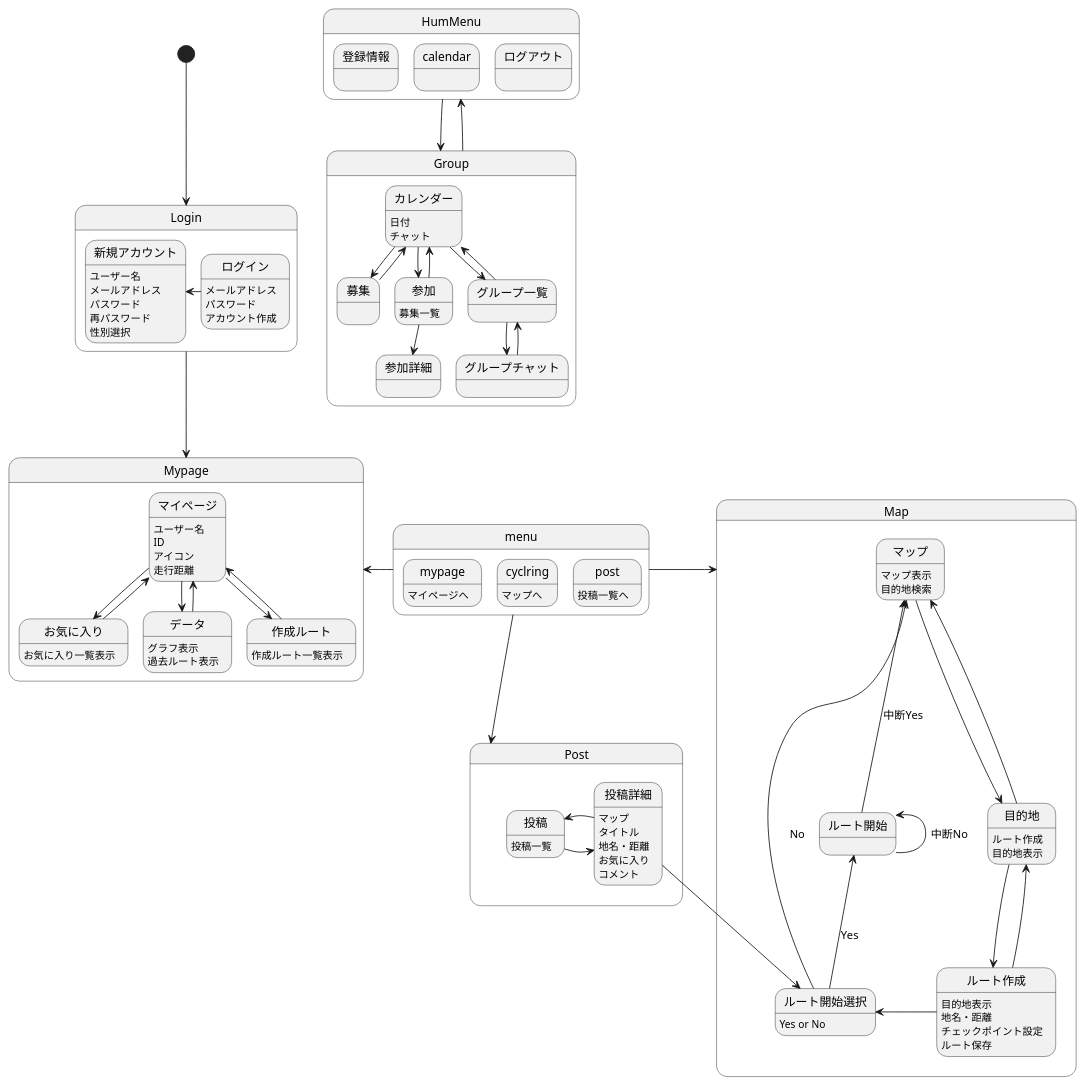
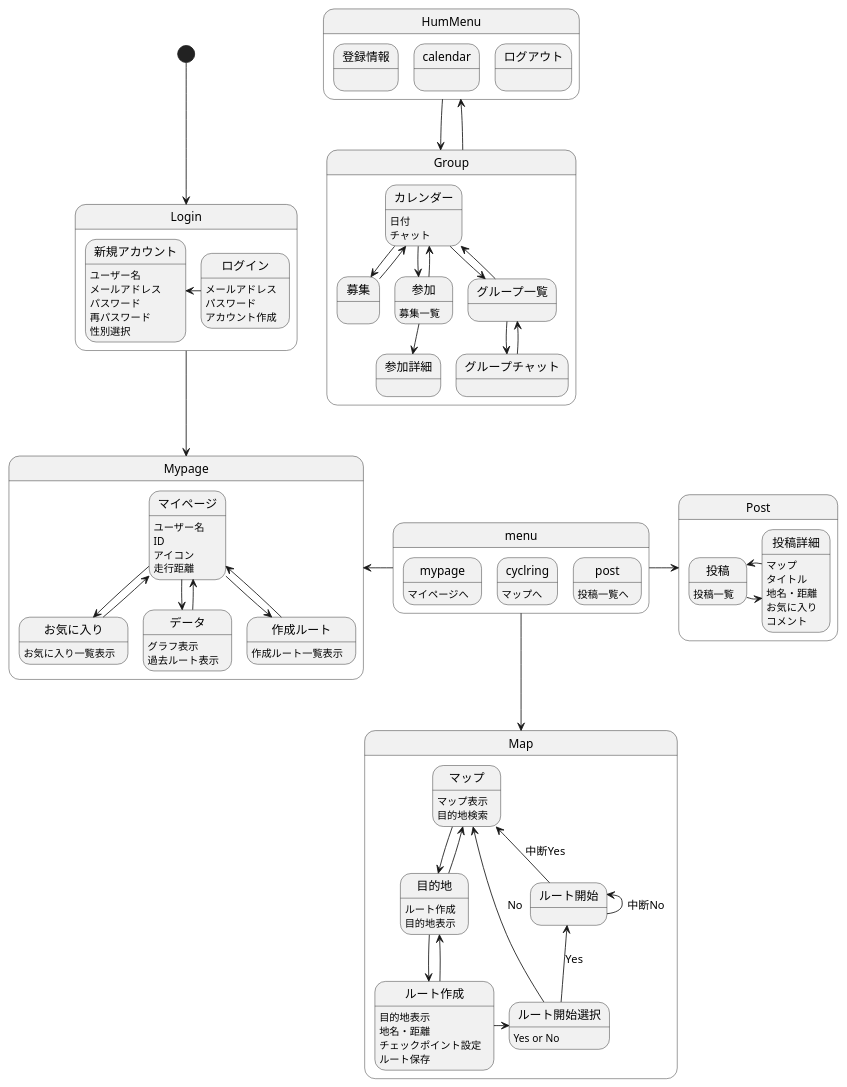
Before and after one commit to AsoSD3A3/CyclingSystem: the diagram in 画面遷移図/gm.md, drawn with PlantUML.

```diff
--- a/画面遷移図/gm.md
+++ b/画面遷移図/gm.md
@@ -33,8 +33,8 @@
 }
 
 menu-left->Mypage
-menu-right->Map
-menu-down->Post
+menu-down->Map
+menu-right->Post
 
 [*]-down->Login
 state Login{
@@ -85,7 +85,7 @@
 ルート作成:地名・距離
 ルート作成:チェックポイント設定
 ルート作成:ルート保存
-ルート作成-left->ルート開始選択
+ルート作成-right->ルート開始選択
 ルート開始選択:Yes or No
 ルート開始選択-up->ルート開始 :Yes
 ルート開始選択-up->マップ :No
@@ -104,7 +104,6 @@
 投稿詳細:地名・距離
 投稿詳細:お気に入り
 投稿詳細:コメント
-投稿詳細-right->ルート開始選択
 }
 
 @enduml
```
